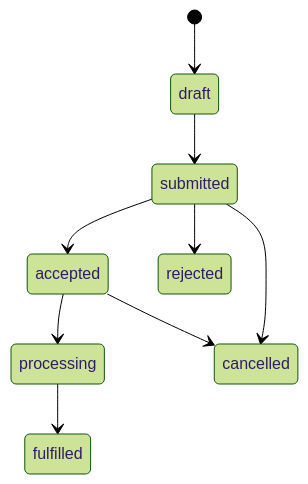
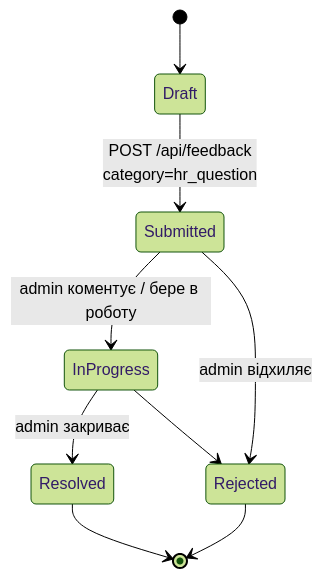
One commit to yobozavrik/feedbackGB changed the third of 9 diagrams in docs/supply-app/WORKFLOWS.md. Above: the diagram before and after it, drawn with Mermaid (forest theme). The commit also changed other lines of this file and 7 other files, not shown here.

````diff
--- a/docs/supply-app/WORKFLOWS.md
+++ b/docs/supply-app/WORKFLOWS.md
@@ -3,11 +81,11 @@
 ```mermaid
 stateDiagram-v2
-  [*] --> draft
-  draft --> submitted
-  submitted --> accepted
-  submitted --> rejected
-  accepted --> processing
-  processing --> fulfilled
-  submitted --> cancelled
-  accepted --> cancelled
+  [*] --> Draft
+  Draft --> Submitted : POST /api/feedback<br/>category=hr_question
+  Submitted --> InProgress : admin коментує / бере в роботу
+  Submitted --> Rejected : admin відхиляє
+  InProgress --> Resolved : admin закриває
+  InProgress --> Rejected
+  Resolved --> [*]
+  Rejected --> [*]
 ```
````
